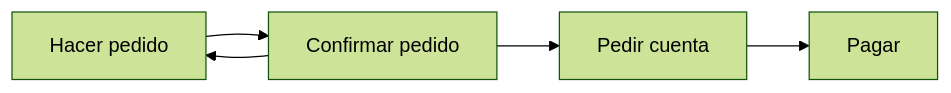
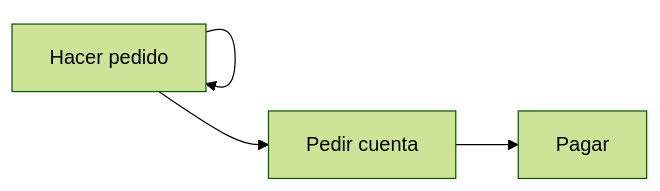
The fourth of 6 diagrams in documentacion/requisitos/casos_de_uso.md (pabenito/QRest), drawn with Mermaid (forest theme) before and after one commit. The commit also changed other lines of this file, not shown here.

Commit message:
'Confirmar pedido' dentro de 'Hacer pedido'

````diff
--- a/documentacion/requisitos/casos_de_uso.md
+++ b/documentacion/requisitos/casos_de_uso.md
@@ -143,11 +138,9 @@
 ```mermaid
 flowchart LR
     hacer_pedido[Hacer pedido]
-    confirmar_pedido[Confirmar pedido]
     pedir_cuenta[Pedir cuenta]
     pagar[Pagar]
-    hacer_pedido --> confirmar_pedido
-    confirmar_pedido --> hacer_pedido
-    confirmar_pedido --> pedir_cuenta
+    hacer_pedido --> hacer_pedido
+    hacer_pedido --> pedir_cuenta
     pedir_cuenta --> pagar
 ```
````
